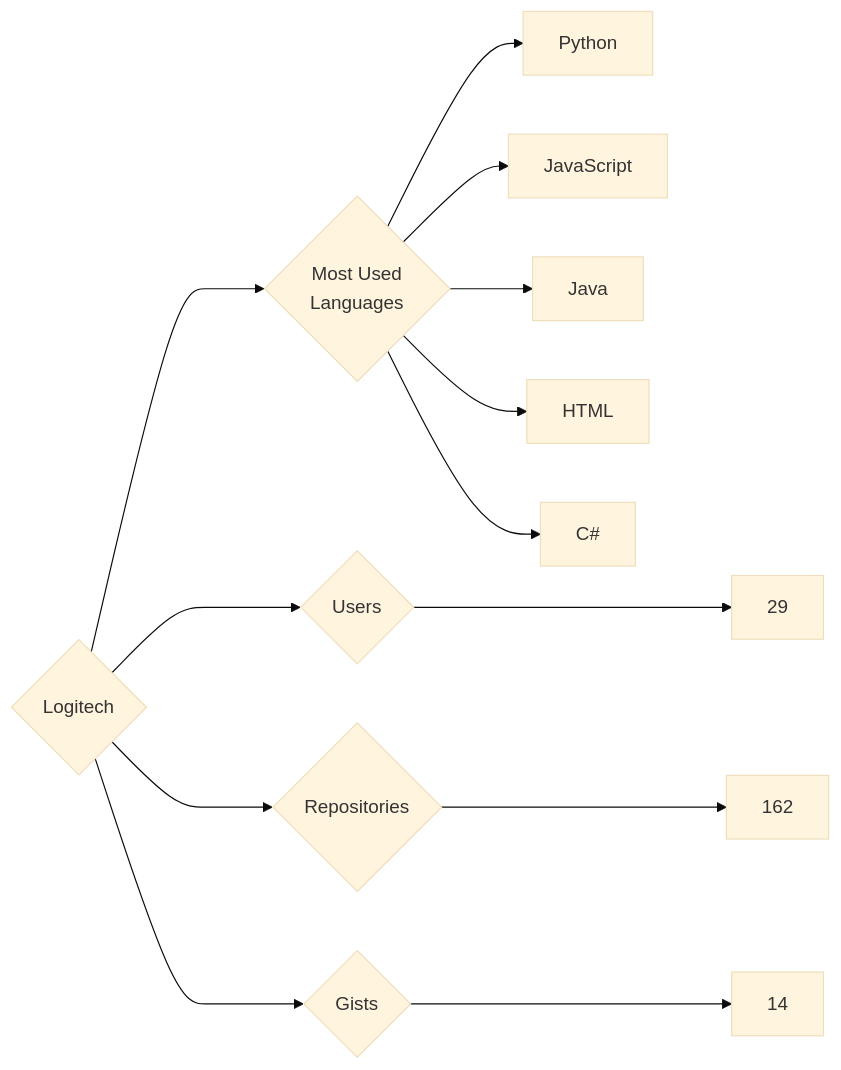
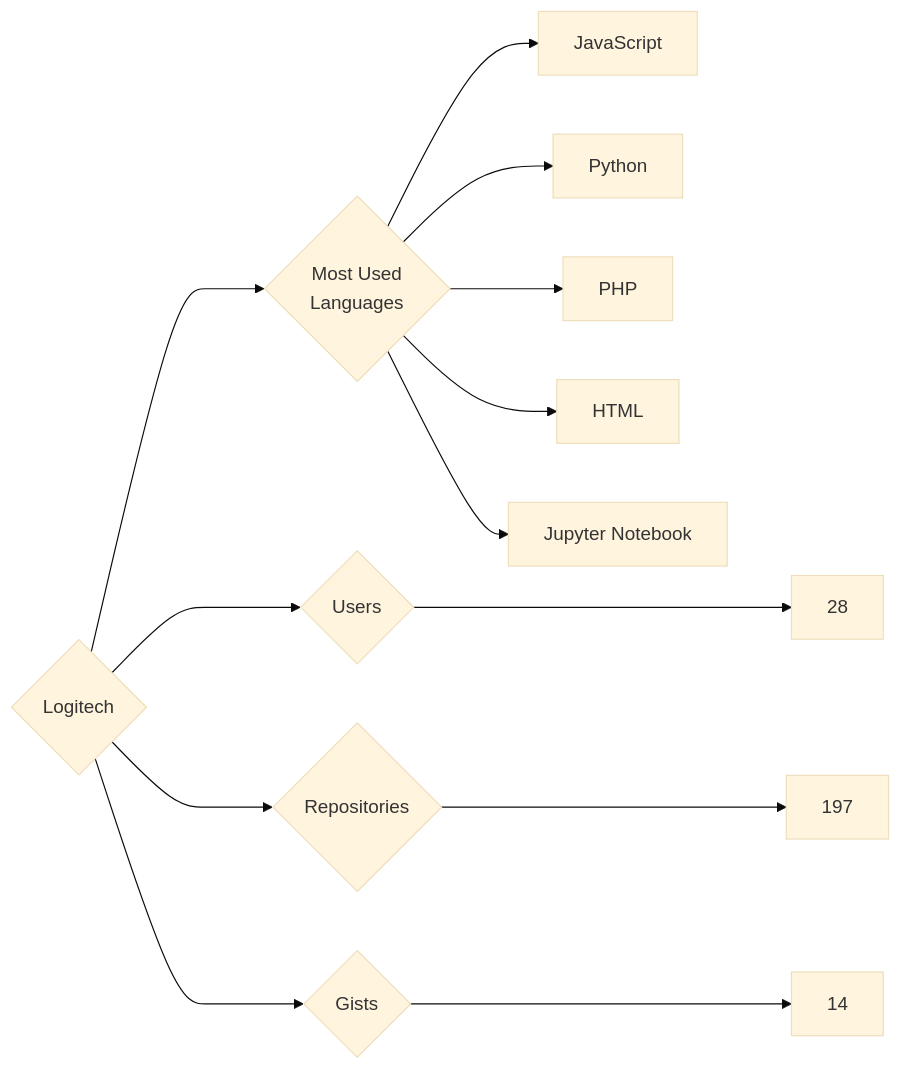
Before and after one commit to trickest/insiders: the diagram in targets/Logitech/README.md, drawn with Mermaid (base theme). The commit also changed 750 other files, not shown here.

````diff
--- a/targets/Logitech/README.md
+++ b/targets/Logitech/README.md
@@ -3,13 +3,13 @@
 ```mermaid
 graph LR
 COMPANY_NAME{Logitech}
-COMPANY_NAME ---> U{Users} ---> UN[29]
-COMPANY_NAME ---> R{Repositories} ---> RN[162]
+COMPANY_NAME ---> U{Users} ---> UN[28]
+COMPANY_NAME ---> R{Repositories} ---> RN[197]
 COMPANY_NAME ---> G{Gists} ---> GN[14]
 COMPANY_NAME ---> ML{Most Used<br>Languages}
+ML --> JavaScript[JavaScript]
 ML --> Python[Python]
-ML --> JavaScript[JavaScript]
-ML --> Java[Java]
+ML --> PHP[PHP]
 ML --> HTML[HTML]
-ML --> C#[C#]
+ML --> Jupyter_Notebook[Jupyter Notebook]
 ```
````
